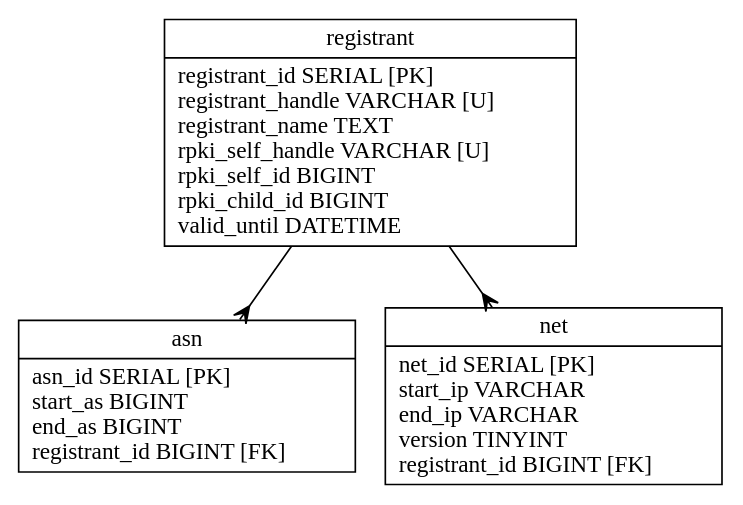
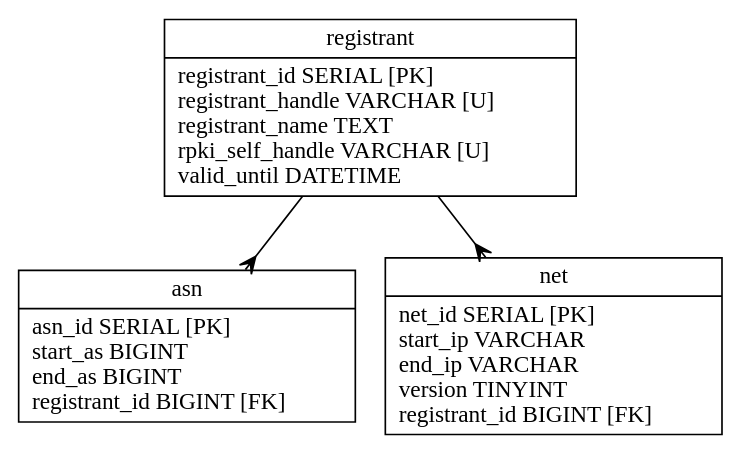
The diagram in rpkid/doc/irdbd.dot (dragonresearch/rpki.net), drawn with Graphviz before and after one commit. The commit also changed 104 other files, not shown here.

```diff
--- a/rpkid/doc/irdbd.dot
+++ b/rpkid/doc/irdbd.dot
@@ -1,12 +1,12 @@
 // Automatically generated from irdbd.sql
 
 digraph test {
 	edge [arrowtail=none, arrowhead=crow];
 	graph [ratio=fill, overlap=false, bgcolor=white];
 	node [label="\N", fillcolor=white, shape=record, style=filled];
-	registrant [label="{registrant\n|registrant_id\ SERIAL\ [PK]\lregistrant_handle\ VARCHAR\ [U]\lregistrant_name\ TEXT\lrpki_self_handle\ VARCHAR\ [U]\lrpki_self_id\ BIGINT\lrpki_child_id\ BIGINT\lvalid_until\ DATETIME\l}"];
+	registrant [label="{registrant\n|registrant_id\ SERIAL\ [PK]\lregistrant_handle\ VARCHAR\ [U]\lregistrant_name\ TEXT\lrpki_self_handle\ VARCHAR\ [U]\lvalid_until\ DATETIME\l}"];
 	asn [label="{asn\n|asn_id\ SERIAL\ [PK]\lstart_as\ BIGINT\lend_as\ BIGINT\lregistrant_id\ BIGINT\ [FK]\l}"];
 	net [label="{net\n|net_id\ SERIAL\ [PK]\lstart_ip\ VARCHAR\lend_ip\ VARCHAR\lversion\ TINYINT\lregistrant_id\ BIGINT\ [FK]\l}"];
 	registrant -> asn;
 	registrant -> net;
 }
```
